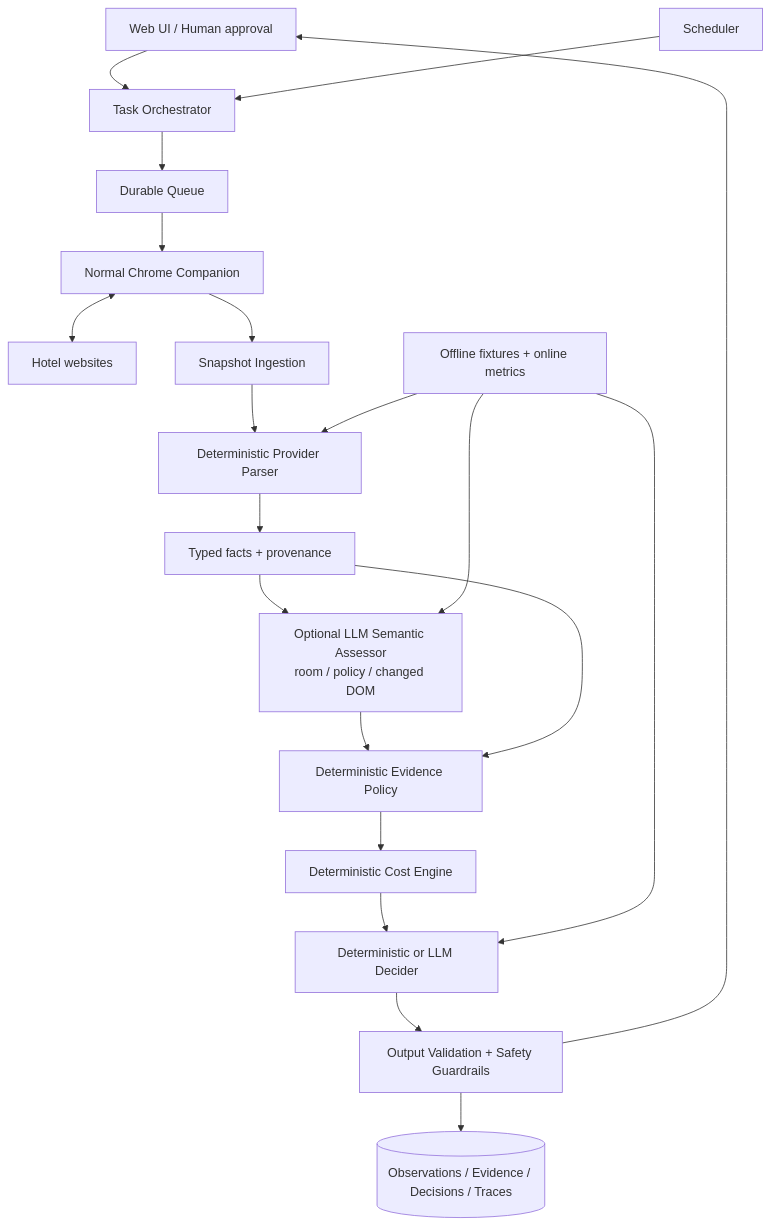
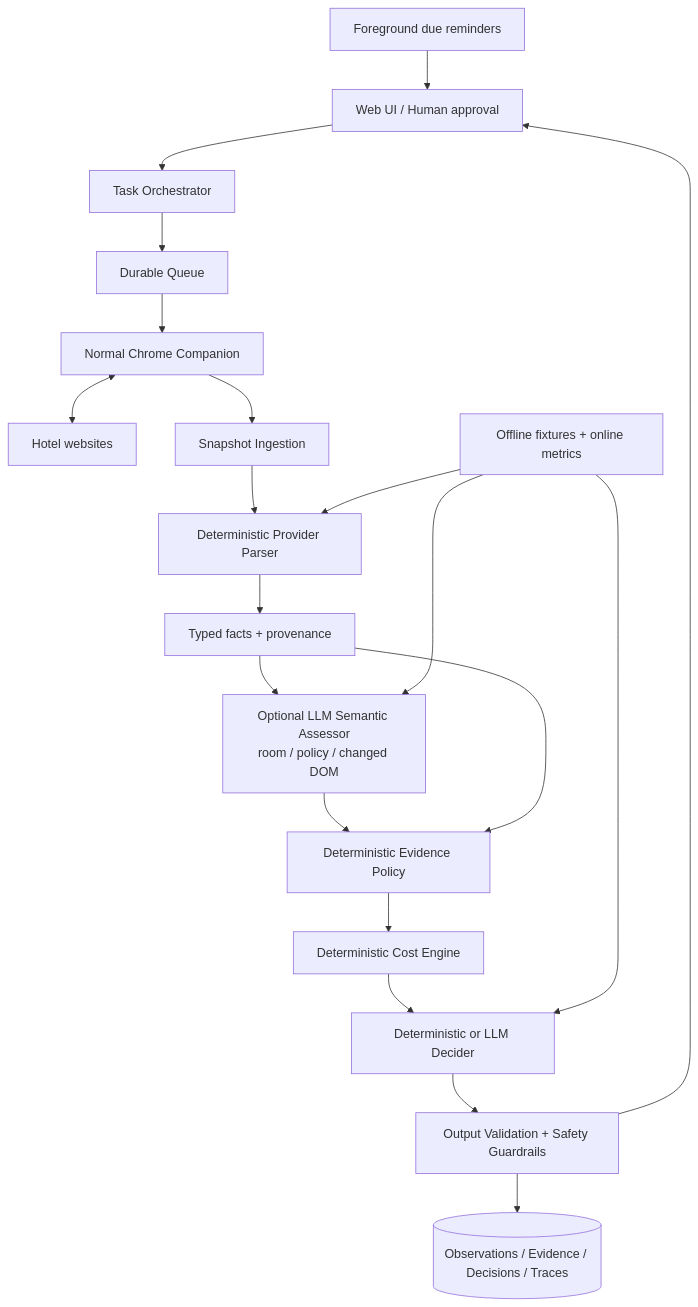
One commit to TisonWang-SS/TripBuddy changed the fifth of 5 diagrams in docs/SYSTEM_DESIGN_AND_AI_AGENT_INTERVIEW_GUIDE.zh-CN.md. Above: the diagram before and after it, drawn with Mermaid. The commit also changed other lines of this file and 14 other files, not shown here.

Commit message:
feat: add foreground due-check queue

````diff
--- a/docs/SYSTEM_DESIGN_AND_AI_AGENT_INTERVIEW_GUIDE.zh-CN.md
+++ b/docs/SYSTEM_DESIGN_AND_AI_AGENT_INTERVIEW_GUIDE.zh-CN.md
@@ -438,25 +438,25 @@
 ```mermaid
 flowchart TB
     UI["Web UI / Human approval"] --> ORCH["Task Orchestrator"]
-    SCHED["Scheduler"] --> ORCH
+    DUE["Foreground due reminders"] --> UI
     ORCH --> QUEUE["Durable Queue"]
     QUEUE --> BROWSER["Normal Chrome Companion"]
     BROWSER <--> SITE["Hotel websites"]
     BROWSER --> INGEST["Snapshot Ingestion"]
 
     INGEST --> PARSER["Deterministic Provider Parser"]
     PARSER --> FACTS["Typed facts + provenance"]
     FACTS --> SEMANTIC["Optional LLM Semantic Assessor\nroom / policy / changed DOM"]
     SEMANTIC --> POLICY["Deterministic Evidence Policy"]
     FACTS --> POLICY
 
     POLICY --> COST["Deterministic Cost Engine"]
     COST --> DECIDER["Deterministic or LLM Decider"]
     DECIDER --> GUARD["Output Validation + Safety Guardrails"]
     GUARD --> AUDIT[("Observations / Evidence / Decisions / Traces")]
     GUARD --> UI
 
     EVAL["Offline fixtures + online metrics"] --> PARSER
     EVAL --> SEMANTIC
     EVAL --> DECIDER
 ```
````
